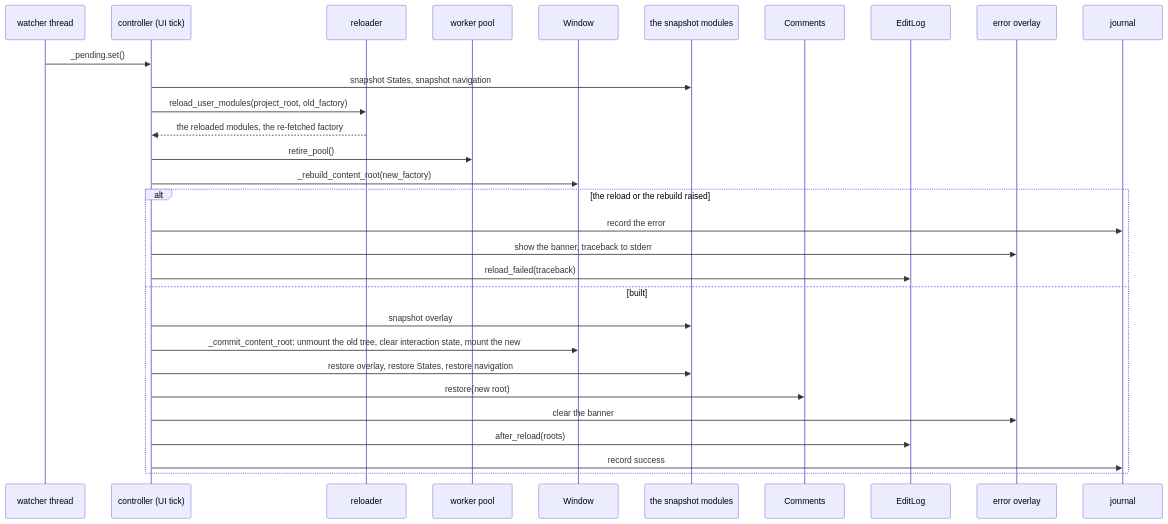
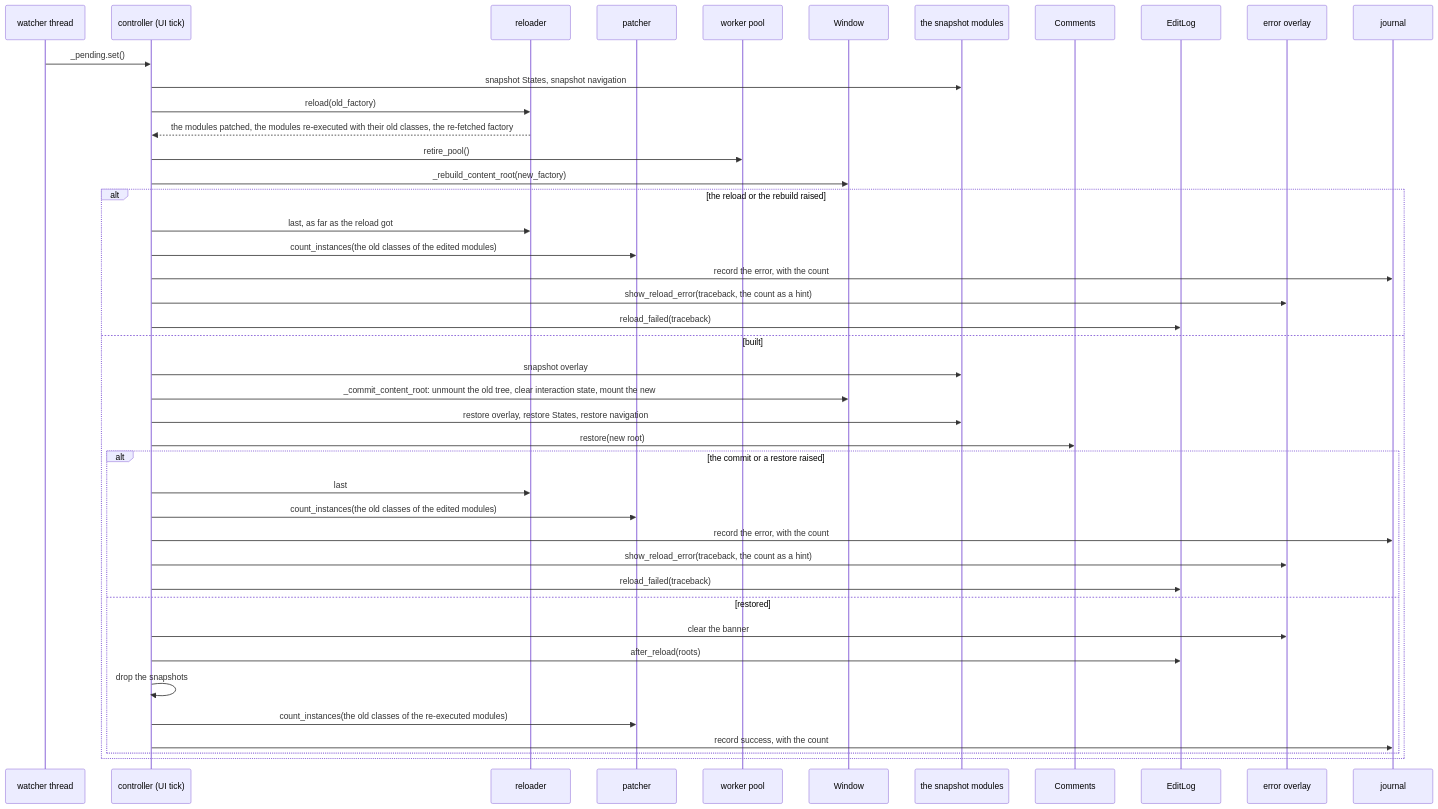
One commit to yuksblog/nuiitivet changed the fifth of 9 diagrams in docs/design/HOT_RELOAD.md. Above: the diagram before and after it, drawn with Mermaid. The commit also changed other lines of this file and 17 other files, not shown here.

````diff
--- a/docs/design/HOT_RELOAD.md
+++ b/docs/design/HOT_RELOAD.md
@@ -161,33 +167,46 @@
 ```mermaid
 sequenceDiagram
     participant F as watcher thread
     participant C as controller (UI tick)
     participant R as reloader
+    participant T as patcher
     participant P as worker pool
     participant W as Window
     participant Snap as the snapshot modules
     participant Cm as Comments
     participant L as EditLog
     participant E as error overlay
     participant J as journal
 
     F->>C: _pending.set()
     C->>Snap: snapshot States, snapshot navigation
-    C->>R: reload_user_modules(project_root, old_factory)
-    R-->>C: the reloaded modules, the re-fetched factory
+    C->>R: reload(old_factory)
+    R-->>C: the modules patched, the modules re-executed with their old classes, the re-fetched factory
     C->>P: retire_pool()
     C->>W: _rebuild_content_root(new_factory)
     alt the reload or the rebuild raised
-        C->>J: record the error
-        C->>E: show the banner, traceback to stderr
+        C->>R: last, as far as the reload got
+        C->>T: count_instances(the old classes of the edited modules)
+        C->>J: record the error, with the count
+        C->>E: show_reload_error(traceback, the count as a hint)
         C->>L: reload_failed(traceback)
     else built
         C->>Snap: snapshot overlay
         C->>W: _commit_content_root: unmount the old tree, clear interaction state, mount the new
         C->>Snap: restore overlay, restore States, restore navigation
         C->>Cm: restore(new root)
-        C->>E: clear the banner
-        C->>L: after_reload(roots)
-        C->>J: record success
+        alt the commit or a restore raised
+            C->>R: last
+            C->>T: count_instances(the old classes of the edited modules)
+            C->>J: record the error, with the count
+            C->>E: show_reload_error(traceback, the count as a hint)
+            C->>L: reload_failed(traceback)
+        else restored
+            C->>E: clear the banner
+            C->>L: after_reload(roots)
+            C->>C: drop the snapshots
+            C->>T: count_instances(the old classes of the re-executed modules)
+            C->>J: record success, with the count
+        end
     end
 ```
````
